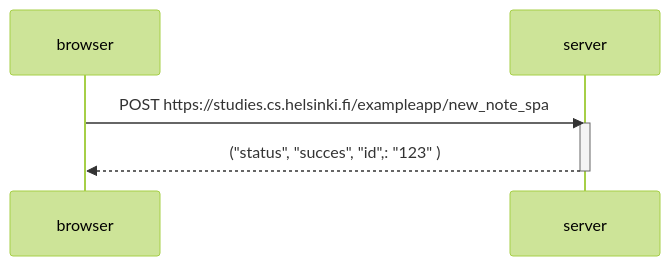
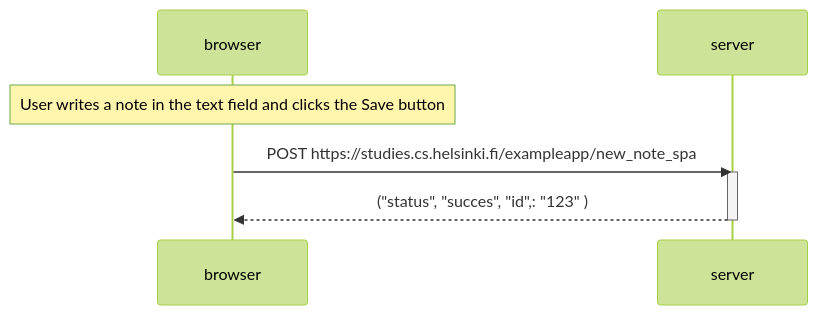
Before and after one commit to bober-qwerty/fullstackopen_bober4c: the diagram in part0/zad6.md, drawn with Mermaid (forest theme).

Commit message:
update on zad6

````diff
--- a/part0/zad6.md
+++ b/part0/zad6.md
@@ -1,10 +1,12 @@
 ```mermaid
 sequenceDiagram
     participant browser
     participant server
+
+    Note over browser: User writes a note in the text field and clicks the Save button
 
     browser->>server: POST https://studies.cs.helsinki.fi/exampleapp/new_note_spa
     activate server
     server-->>browser: ("status", "succes", "id",: "123" )
     deactivate server
 ```
````
